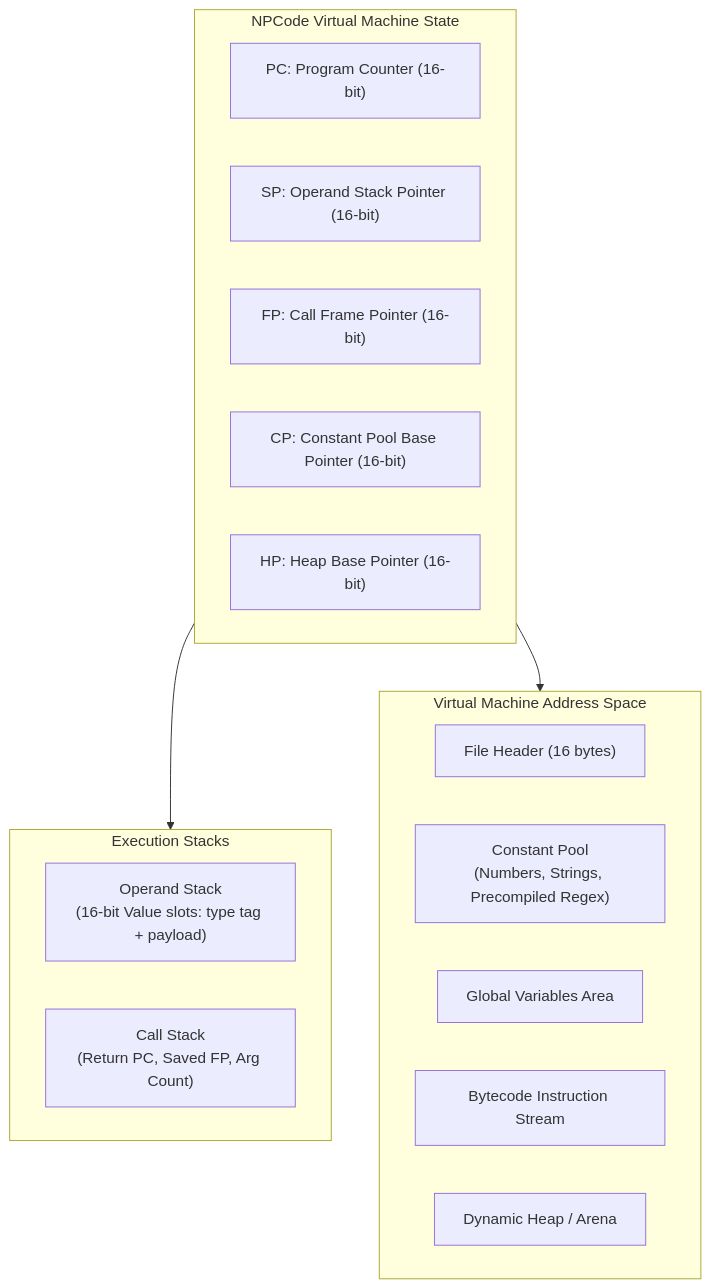
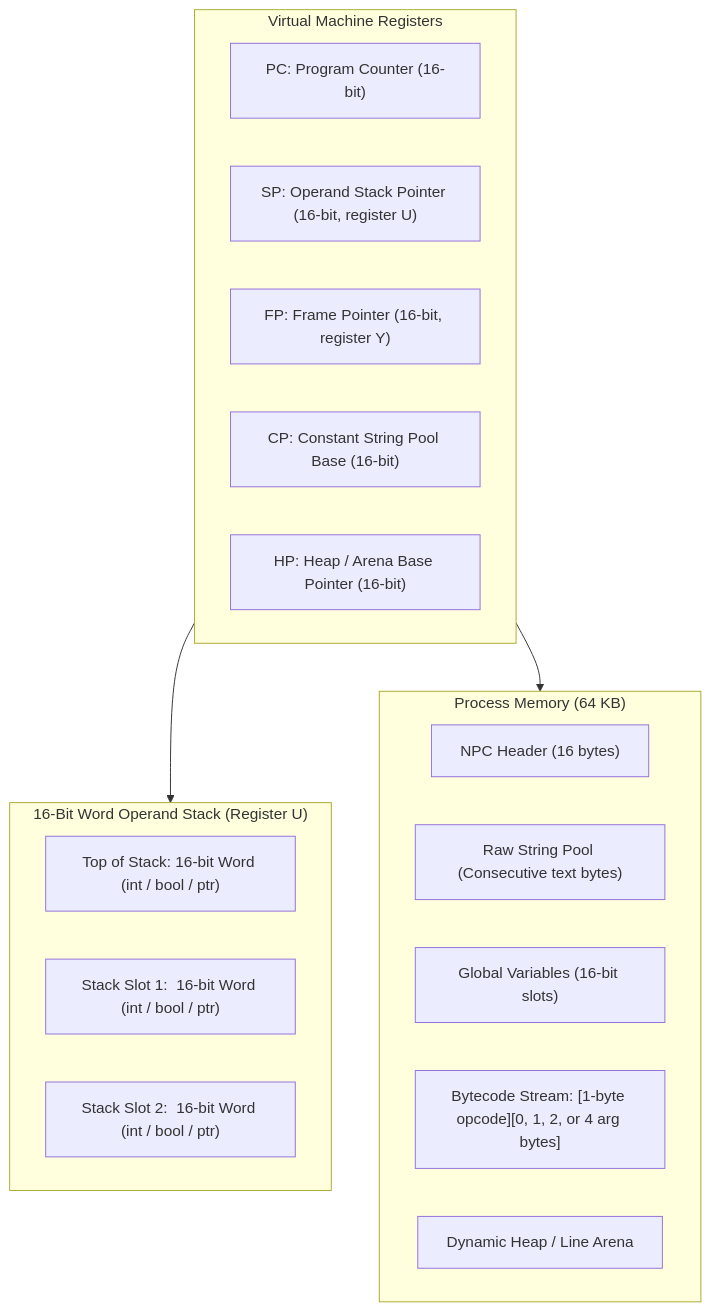
The diagram in npcode/design.md (strickyak/nitros9), drawn with Mermaid before and after one commit. The commit also changed other lines of this file, not shown here.

Commit message:
npcode: streamline ISA with 1-byte opcodes, untagged stack, and explicit argument counts

````diff
--- a/npcode/design.md
+++ b/npcode/design.md
@@ -87,26 +90,27 @@
 ```mermaid
 flowchart TD
-    subgraph VMState ["NPCode Virtual Machine State"]
+    subgraph VMRegisters ["Virtual Machine Registers"]
         PC["PC: Program Counter (16-bit)"]
-        SP["SP: Operand Stack Pointer (16-bit)"]
-        FP["FP: Call Frame Pointer (16-bit)"]
-        CP["CP: Constant Pool Base Pointer (16-bit)"]
-        HP["HP: Heap Base Pointer (16-bit)"]
+        SP["SP: Operand Stack Pointer (16-bit, register U)"]
+        FP["FP: Frame Pointer (16-bit, register Y)"]
+        CP["CP: Constant String Pool Base (16-bit)"]
+        HP["HP: Heap / Arena Base Pointer (16-bit)"]
     end
 
-    subgraph Stacks ["Execution Stacks"]
-        OpStack["Operand Stack<br/>(16-bit Value slots: type tag + payload)"]
-        CallStack["Call Stack<br/>(Return PC, Saved FP, Arg Count)"]
+    subgraph StackLayout ["16-Bit Word Operand Stack (Register U)"]
+        S0["Top of Stack: 16-bit Word (int / bool / ptr)"]
+        S1["Stack Slot 1:  16-bit Word (int / bool / ptr)"]
+        S2["Stack Slot 2:  16-bit Word (int / bool / ptr)"]
     end
 
-    subgraph Memory ["Virtual Machine Address Space"]
-        Header["File Header (16 bytes)"]
-        ConstPool["Constant Pool<br/>(Numbers, Strings, Precompiled Regex)"]
-        Globals["Global Variables Area"]
-        Bytecode["Bytecode Instruction Stream"]
-        Heap["Dynamic Heap / Arena"]
+    subgraph MemoryModel ["Process Memory (64 KB)"]
+        Hdr["NPC Header (16 bytes)"]
+        SPool["Raw String Pool (Consecutive text bytes)"]
+        Globals["Global Variables (16-bit slots)"]
+        Code["Bytecode Stream: [1-byte opcode][0, 1, 2, or 4 arg bytes]"]
+        Heap["Dynamic Heap / Line Arena"]
     end
 
-    VMState --> Stacks
-    VMState --> Memory
+    VMRegisters --> StackLayout
+    VMRegisters --> MemoryModel
 ```
````
